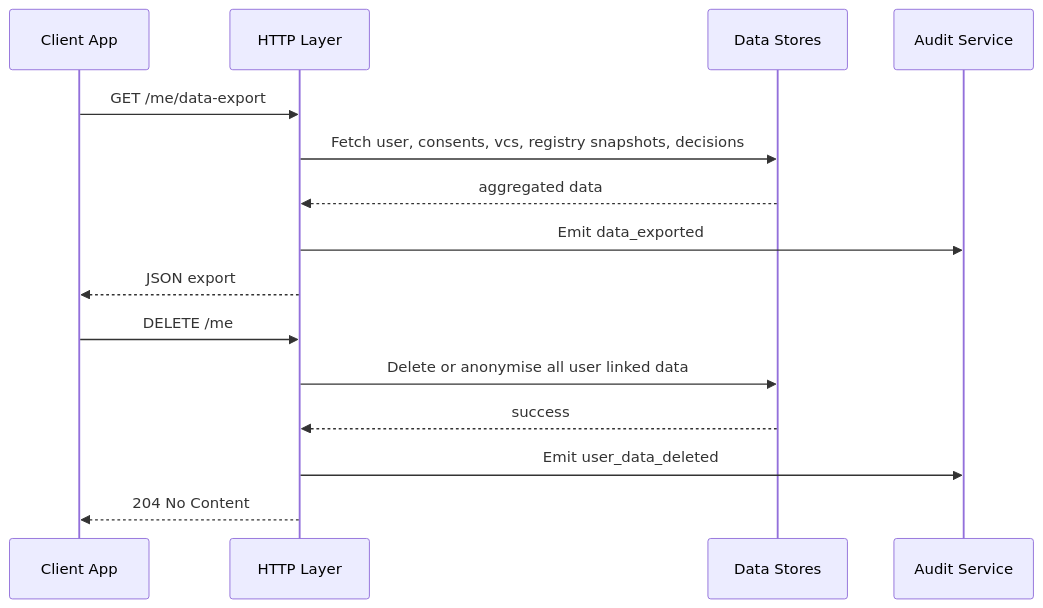
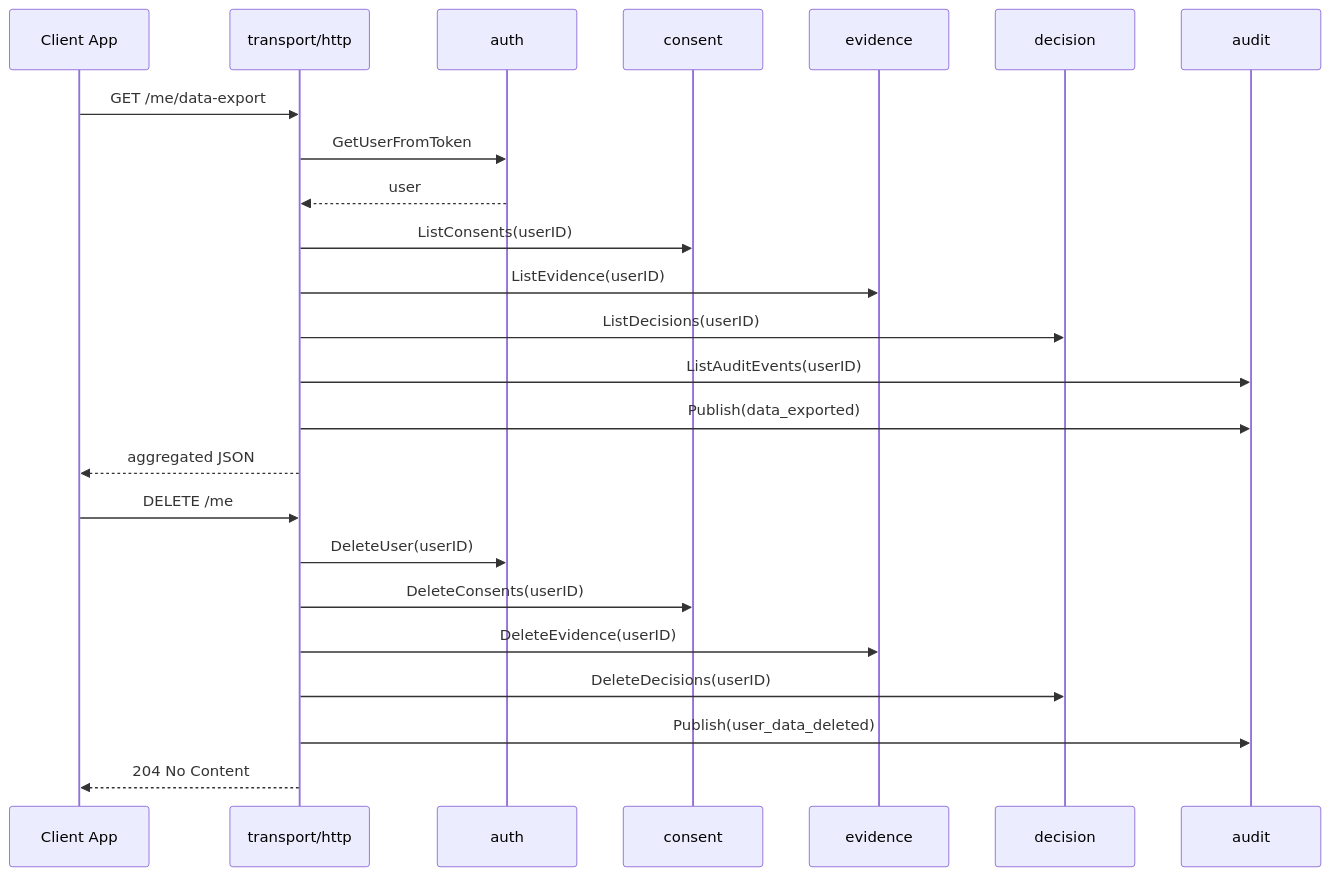
The fourth of 4 diagrams in docs/architecture.md (abramin/Credo), drawn with Mermaid before and after one commit. The commit also changed other lines of this file and 59 other files, not shown here.

````diff
--- a/docs/architecture.md
+++ b/docs/architecture.md
@@ -363,19 +528,28 @@
 ```mermaid
 sequenceDiagram
     participant App as Client App
-    participant API as HTTP Layer
-    participant Stores as Data Stores
-    participant Audit as Audit Service
+    participant HTTP as transport/http
+    participant Auth as auth
+    participant Consent as consent
+    participant Evidence as evidence
+    participant Decision as decision
+    participant Audit as audit
 
-    App->>API: GET /me/data-export
-    API->>Stores: Fetch user, consents, vcs, registry snapshots, decisions
-    Stores-->>API: aggregated data
-    API->>Audit: Emit data_exported
-    API-->>App: JSON export
+    App->>HTTP: GET /me/data-export
+    HTTP->>Auth: GetUserFromToken
+    Auth-->>HTTP: user
+    HTTP->>Consent: ListConsents(userID)
+    HTTP->>Evidence: ListEvidence(userID)
+    HTTP->>Decision: ListDecisions(userID)
+    HTTP->>Audit: ListAuditEvents(userID)
+    HTTP->>Audit: Publish(data_exported)
+    HTTP-->>App: aggregated JSON
 
-    App->>API: DELETE /me
-    API->>Stores: Delete or anonymise all user linked data
-    Stores-->>API: success
-    API->>Audit: Emit user_data_deleted
-    API-->>App: 204 No Content
+    App->>HTTP: DELETE /me
+    HTTP->>Auth: DeleteUser(userID)
+    HTTP->>Consent: DeleteConsents(userID)
+    HTTP->>Evidence: DeleteEvidence(userID)
+    HTTP->>Decision: DeleteDecisions(userID)
+    HTTP->>Audit: Publish(user_data_deleted)
+    HTTP-->>App: 204 No Content
 ```
````
